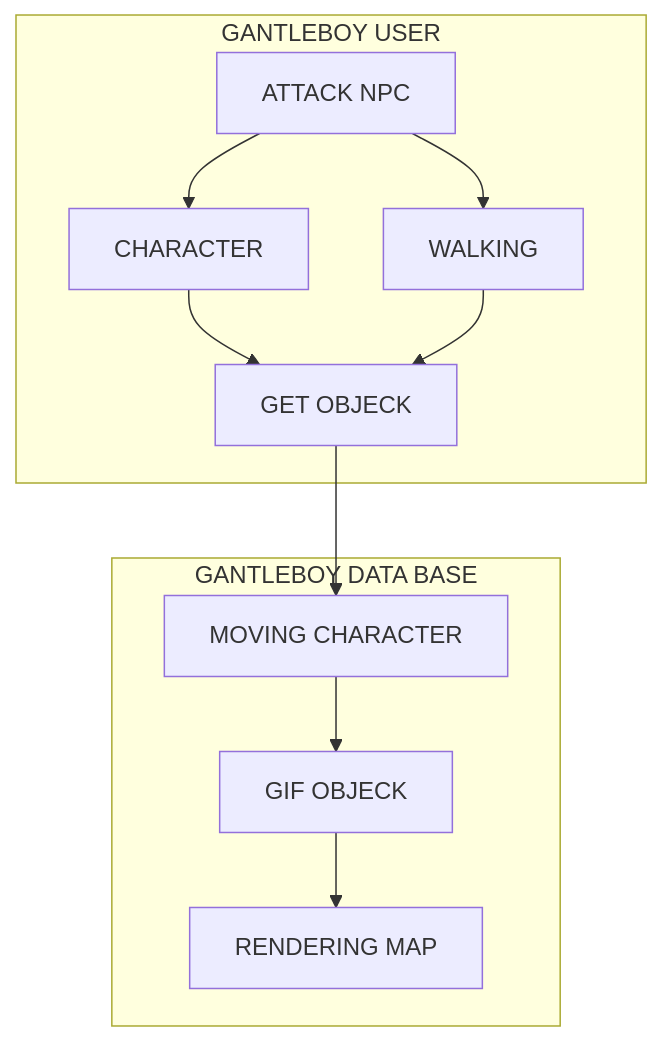
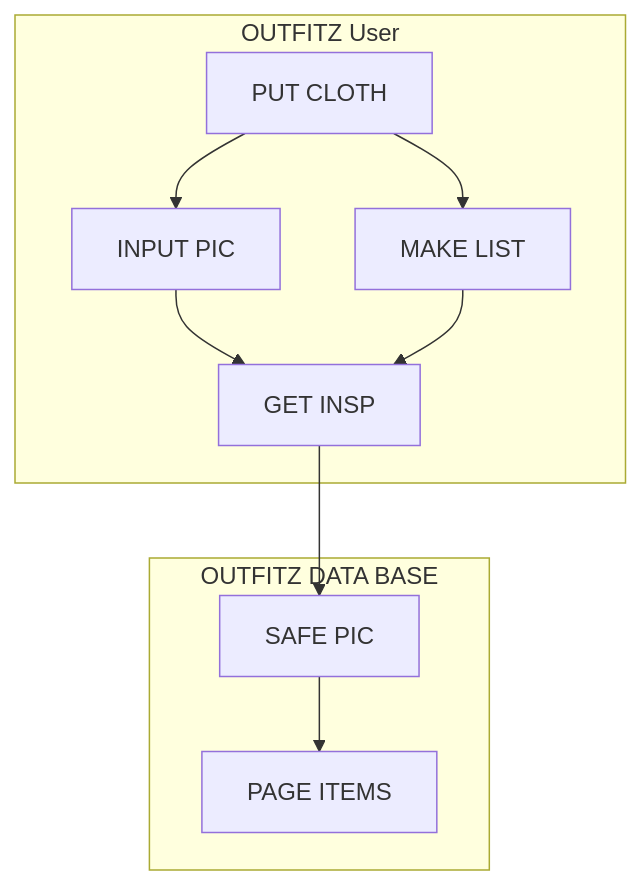
The first of 2 diagrams in README.md (fardhozurr/my-pertamina), drawn with Mermaid before and after one commit. The commit also changed other lines of this file, not shown here.

````diff
--- a/README.md
+++ b/README.md
@@ -55,23 +49,23 @@
 ```mermaid
 graph TD
-  subgraph GANTLEBOY USER
-    A[CHARACTER]
-    B[GET OBJECK]
-    C[ATTACK NPC]
-    D[WALKING]
+  subgraph OUTFITZ User
+    A[INPUT PIC]
+    B[GET INSP]
+    C[PUT CLOTH]
+    D[MAKE LIST]
   end
 
-  subgraph GANTLEBOY DATA BASE
-    E[MOVING CHARACTER]
-    F[GIF OBJECK]
-    G[RENDERING MAP]
+  subgraph OUTFITZ DATA BASE
+    E[SAFE PIC]
+    F[PAGE ITEMS]
+    
   end
 
   A --> B
   B --> E
   C --> A
   C --> D
   D --> B
-  E --> F --> G
+  E --> F 
 
 ```
````
